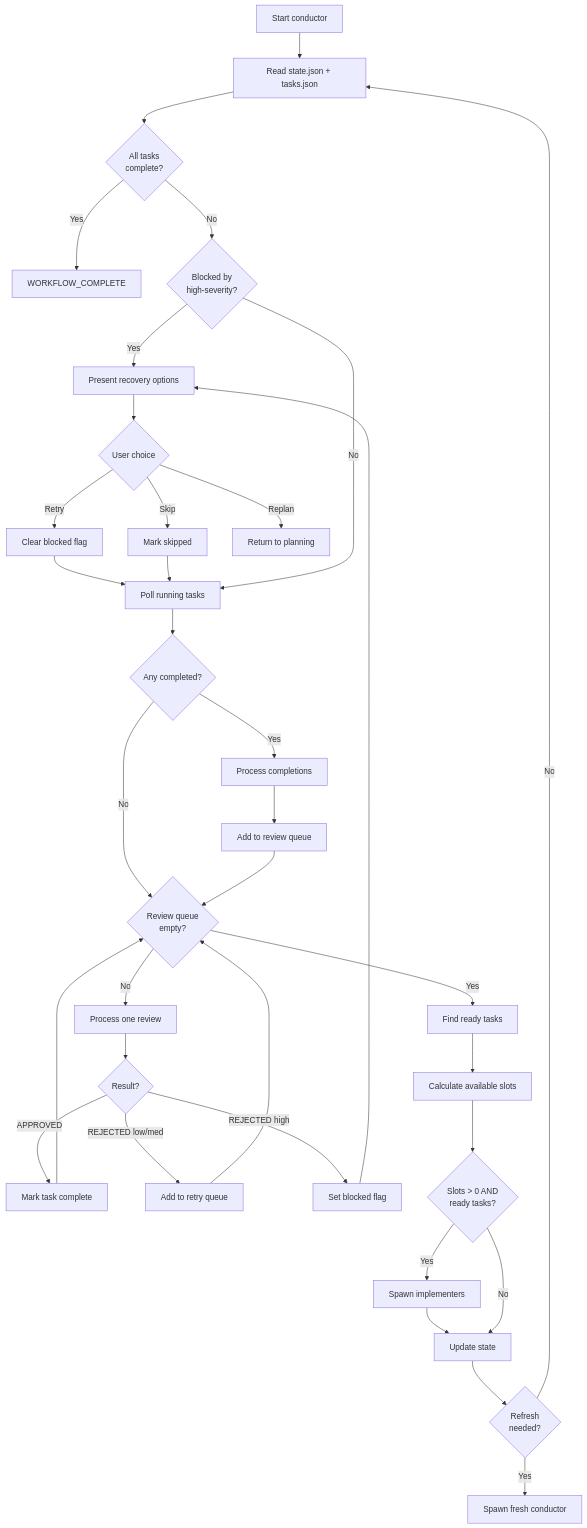
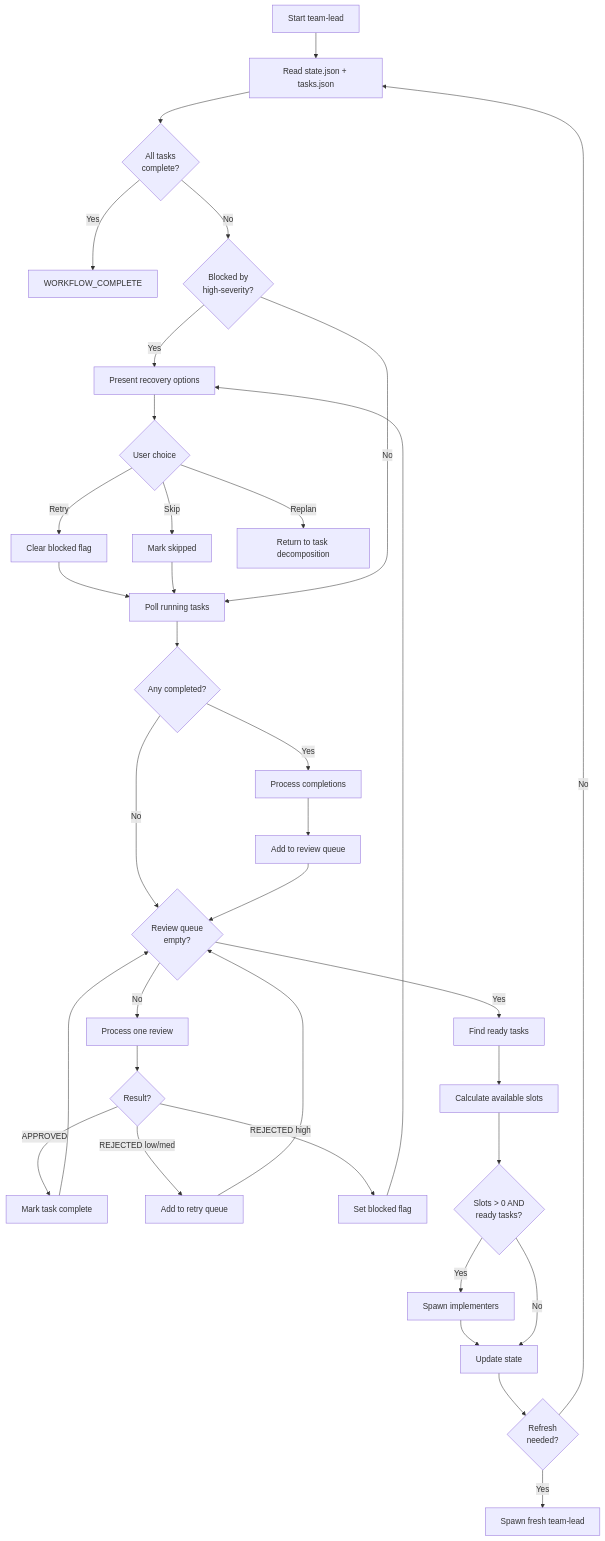
Before and after one commit to Zxela/claude-create: the fourth of 6 diagrams in diagrams/phase-flowchart.md, drawn with Mermaid. The commit also changed other lines of this file and 5 other files, not shown here.

First line of the commit message:
fix: replace conductor with team-lead in diagrams, fix model assignments and phase transitions (#11)

````diff
--- a/diagrams/phase-flowchart.md
+++ b/diagrams/phase-flowchart.md
@@ -157,43 +162,43 @@
 ```mermaid
 flowchart TB
-    Start[Start conductor] --> Read[Read state.json + tasks.json]
+    Start[Start team-lead] --> Read[Read state.json + tasks.json]
     Read --> Check{All tasks<br/>complete?}
     Check -->|Yes| Done[WORKFLOW_COMPLETE]
 
     Check -->|No| Blocked{Blocked by<br/>high-severity?}
     Blocked -->|Yes| Escalate[Present recovery options]
     Escalate --> Choice{User choice}
     Choice -->|Retry| Unblock[Clear blocked flag]
     Choice -->|Skip| Skip[Mark skipped]
-    Choice -->|Replan| Replan[Return to planning]
+    Choice -->|Replan| Replan[Return to task decomposition]
     Unblock --> Poll
     Skip --> Poll
 
     Blocked -->|No| Poll[Poll running tasks]
     Poll --> Complete{Any completed?}
     Complete -->|Yes| Process[Process completions]
     Process --> Queue[Add to review queue]
 
     Complete -->|No| Review{Review queue<br/>empty?}
     Queue --> Review
 
     Review -->|No| DoReview[Process one review]
     DoReview --> Result{Result?}
     Result -->|APPROVED| MarkDone[Mark task complete]
     Result -->|REJECTED low/med| Retry[Add to retry queue]
     Result -->|REJECTED high| Block[Set blocked flag]
     MarkDone --> Review
     Retry --> Review
     Block --> Escalate
 
     Review -->|Yes| Ready[Find ready tasks]
     Ready --> Slots[Calculate available slots]
     Slots --> Spawn{Slots > 0 AND<br/>ready tasks?}
     Spawn -->|Yes| DoSpawn[Spawn implementers]
     DoSpawn --> Update[Update state]
 
     Spawn -->|No| Update
     Update --> Refresh{Refresh<br/>needed?}
-    Refresh -->|Yes| NewConductor[Spawn fresh conductor]
+    Refresh -->|Yes| NewTeamLead[Spawn fresh team-lead]
     Refresh -->|No| Read
 ```
````
